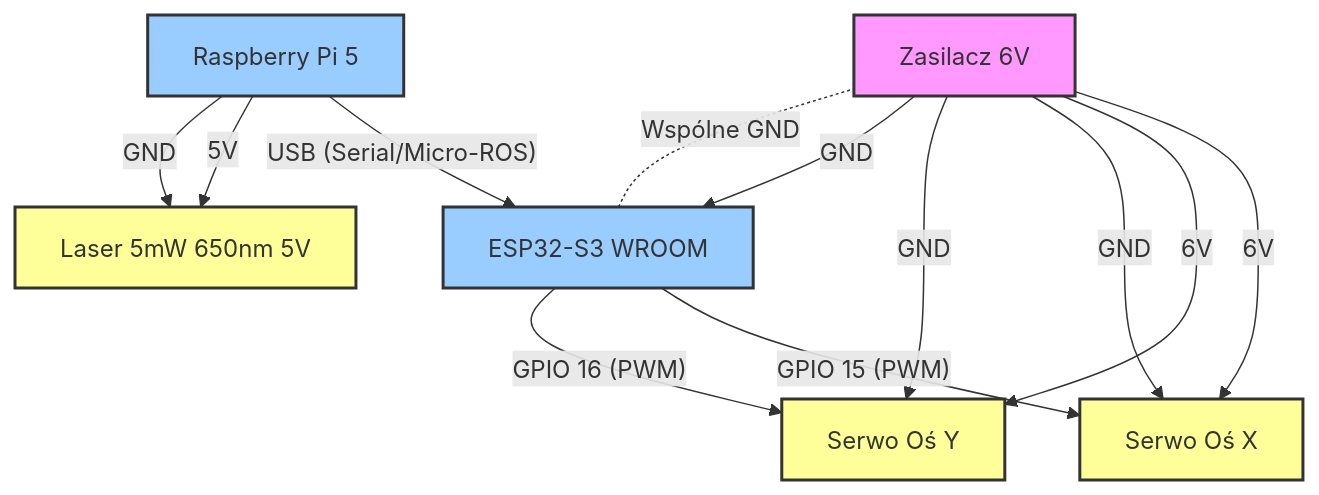
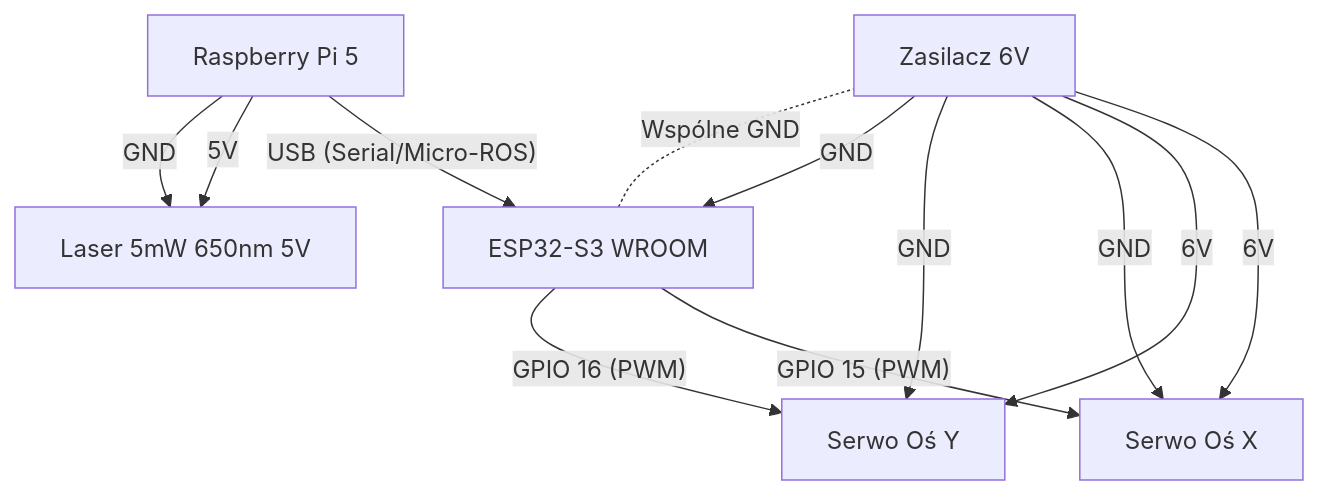
One commit to corki1337/bala_tracker changed the diagram in README.md. Above: the diagram before and after it, drawn with Mermaid.

````diff
--- a/README.md
+++ b/README.md
@@ -39,34 +39,31 @@
 ```mermaid
 graph TD
-    %% Definicje stylów
-    classDef power fill:#f9f,stroke:#333,stroke-width:2px;
-    classDef signal fill:#ff9,stroke:#333,stroke-width:2px;
-    classDef board fill:#9cf,stroke:#333,stroke-width:2px;
+
 
     %% Komponenty (z przypisanymi stylami)
     HOTA_D6_PRO[Zasilacz 6V]:::power
     RPi[Raspberry Pi 5]:::board
     ESP[ESP32-S3 WROOM]:::board
     ServoX[Serwo Oś X]:::signal
     ServoY[Serwo Oś Y]:::signal
     Laser[Laser 5mW 650nm 5V]:::signal
 
     %% Połączenia USB
     RPi -- USB (Serial/Micro-ROS) --> ESP
 
     %% Połączenia Zasilania
     HOTA_D6_PRO -- 6V --> ServoX
     HOTA_D6_PRO -- 6V --> ServoY
     HOTA_D6_PRO -- GND --> ServoX
     HOTA_D6_PRO -- GND --> ServoY
     HOTA_D6_PRO -- GND --> ESP
     RPi -- 5V --> Laser
     RPi -- GND --> Laser
     
     %% Połączenia Sygnałowe
     ESP -- GPIO 15 (PWM) --> ServoX
     ESP -- GPIO 16 (PWM) --> ServoY
     
     %% Wspólna masa (Kluczowe!)
     ESP -. Wspólne GND .- HOTA_D6_PRO
 ```
````
